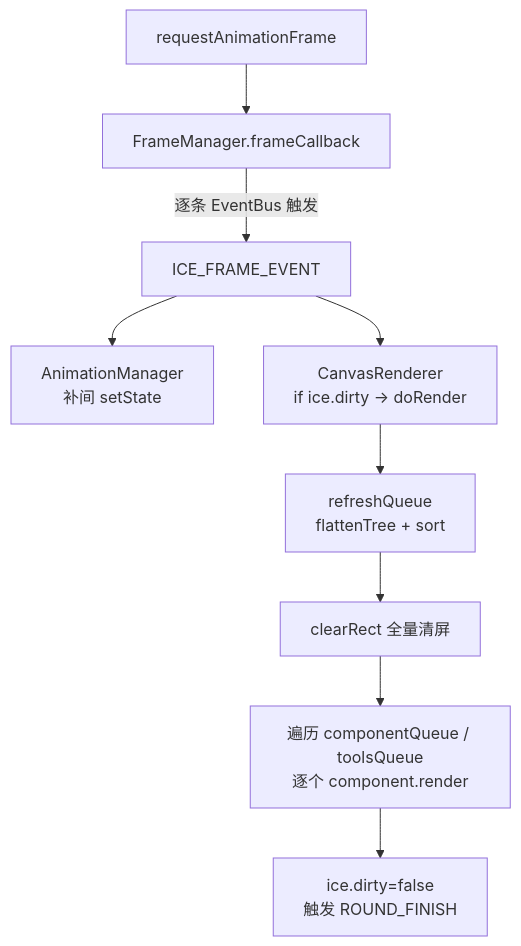
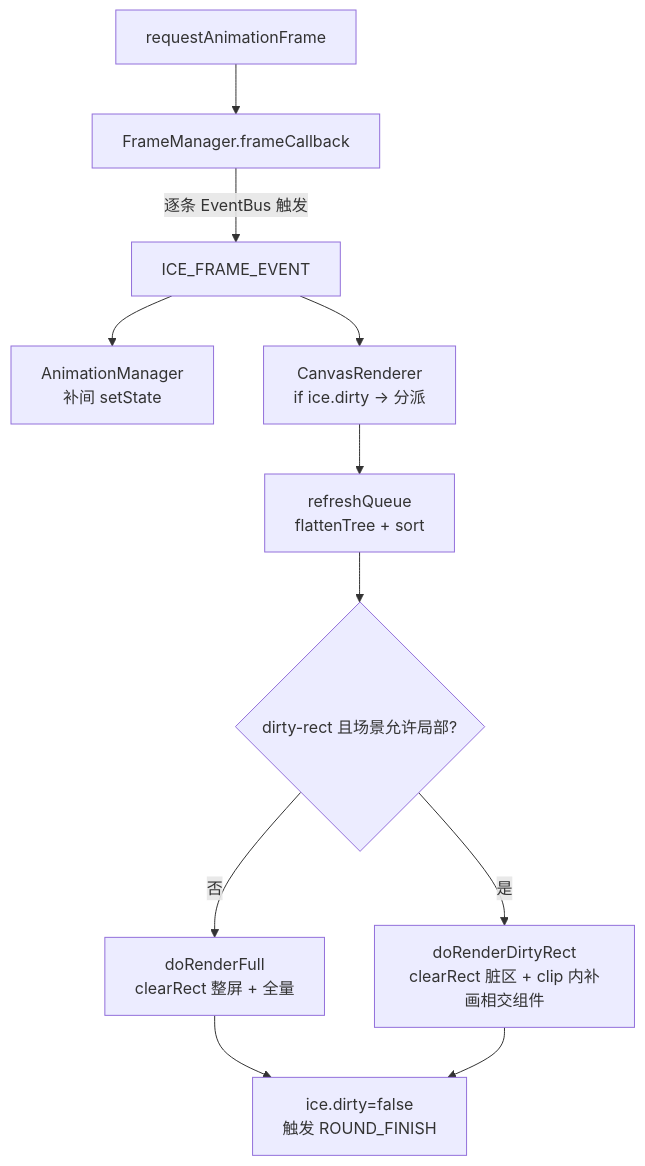
Before and after one commit to ice-render/ice-render: the diagram in docs/architecture/01-runtime.md, drawn with Mermaid. The commit also changed other lines of this file and 14 other files, not shown here.

````diff
--- a/docs/architecture/01-runtime.md
+++ b/docs/architecture/01-runtime.md
@@ -20,11 +20,13 @@
 ```mermaid
 graph TD
     RAF[requestAnimationFrame] --> FM[FrameManager.frameCallback]
     FM -- "逐条 EventBus 触发" --> EB[ICE_FRAME_EVENT]
     EB --> AM[AnimationManager<br/>补间 setState]
-    EB --> CR[CanvasRenderer<br/>if ice.dirty → doRender]
+    EB --> CR[CanvasRenderer<br/>if ice.dirty → 分派]
     CR --> Q[refreshQueue<br/>flattenTree + sort]
-    Q --> CLR[clearRect 全量清屏]
-    CLR --> LOOP[遍历 componentQueue / toolsQueue<br/>逐个 component.render]
-    LOOP --> FIN[ice.dirty=false<br/>触发 ROUND_FINISH]
+    Q --> MODE{dirty-rect 且场景允许局部?}
+    MODE -- 否 --> F[doRenderFull<br/>clearRect 整屏 + 全量]
+    MODE -- 是 --> P[doRenderDirtyRect<br/>clearRect 脏区 + clip 内补画相交组件]
+    F --> FIN[ice.dirty=false<br/>触发 ROUND_FINISH]
+    P --> FIN
 ```
````
